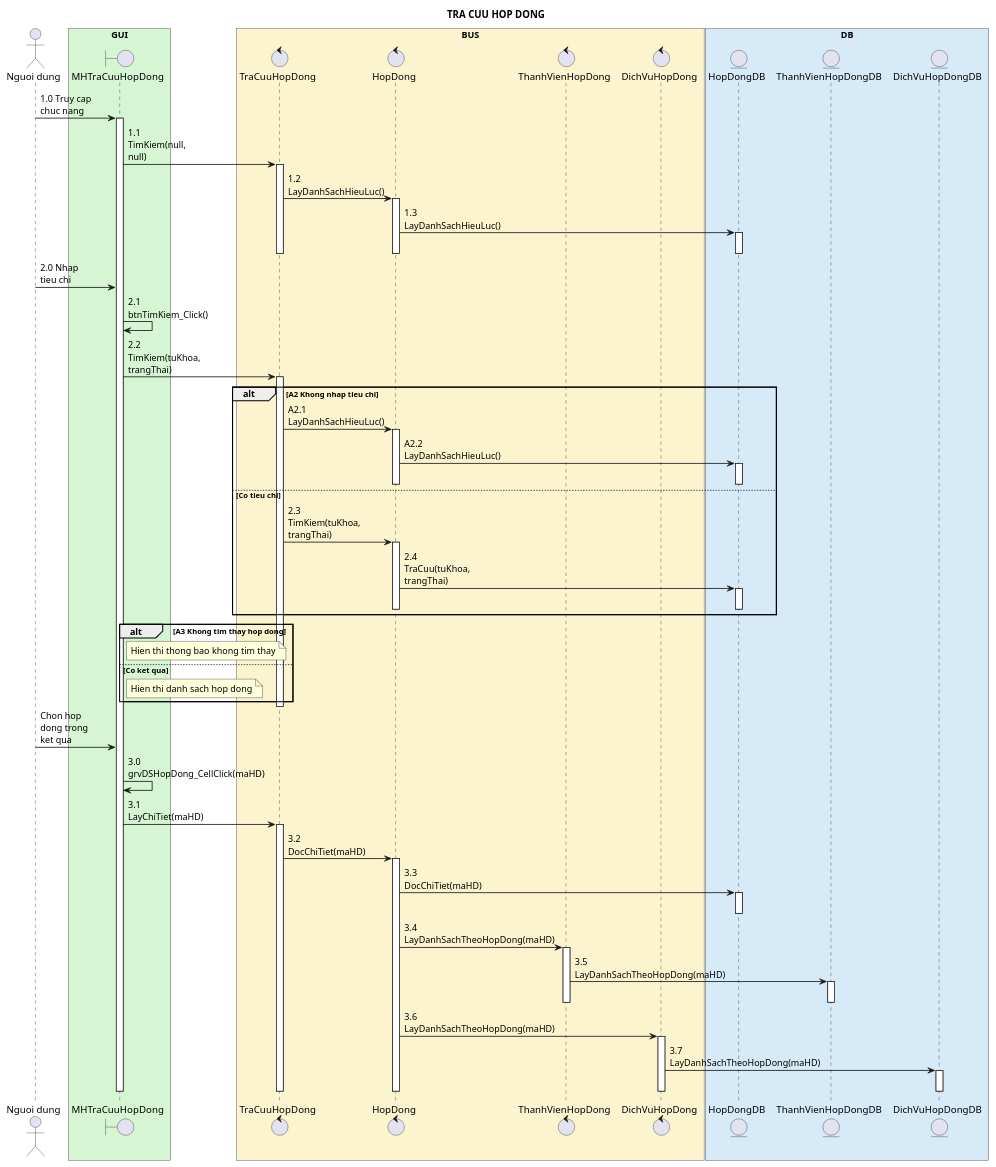
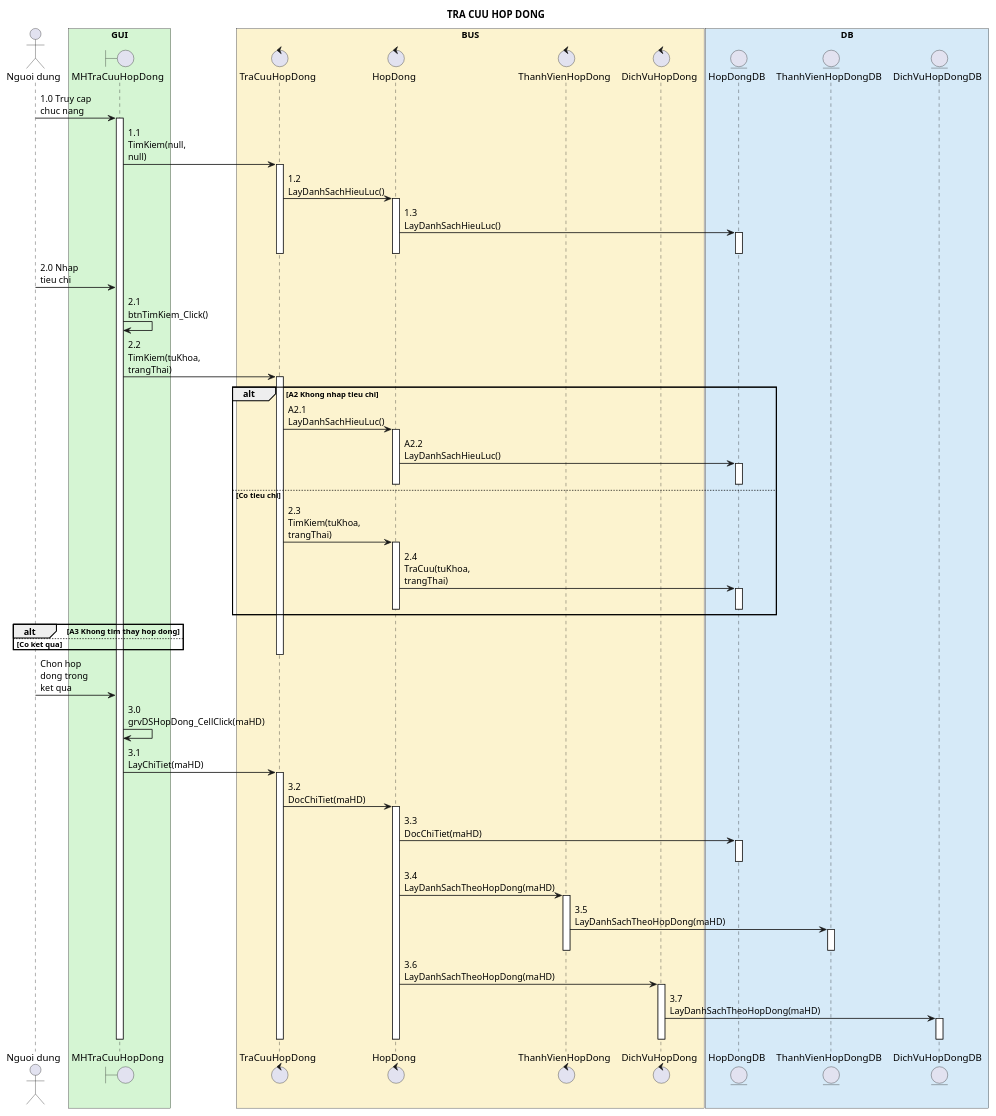
The diagram in docs/uml/tra-cuu-hop-dong-sequence.puml (Ming1309/HomeStay-Dorm), drawn with PlantUML before and after one commit. The commit also changed 56 other files, not shown here.

Commit message:
docs(uml): audit and standardize UML diagram file names, extensions, and separation

```diff
--- a/docs/uml/tra-cuu-hop-dong-sequence.puml
+++ b/docs/uml/tra-cuu-hop-dong-sequence.puml
@@ -1,138 +1,136 @@
 @startuml
 title TRA CUU HOP DONG
 
 skinparam sequenceArrowThickness 1.2
 skinparam shadowing false
 skinparam sequenceMessageAlign left
 skinparam maxMessageSize 80
 
 actor "Nguoi dung" as USER
 
 box "GUI" #D5F5D3
 boundary "MHTraCuuHopDong" as MH
 end box
 
 box "BUS" #FCF3CF
 control "TraCuuHopDong" as DK
 control "HopDong" as HD
 control "ThanhVienHopDong" as TV
 control "DichVuHopDong" as DV
 end box
 
 box "DB" #D6EAF8
 entity "HopDongDB" as HDDB
 entity "ThanhVienHopDongDB" as TVDB
 entity "DichVuHopDongDB" as DVDB
 end box
 
 '=====================
 ' KHOI TAO MAN HINH (A2)
 '=====================
 
 USER -> MH : 1.0 Truy cap chuc nang
 activate MH
 
 MH -> DK : 1.1 TimKiem(null, null)
 activate DK
 
 DK -> HD : 1.2 LayDanhSachHieuLuc()
 activate HD
 
 HD -> HDDB : 1.3 LayDanhSachHieuLuc()
 activate HDDB
 deactivate HDDB
 
 deactivate HD
 
 deactivate DK
 
 
 '=====================
 ' TIM KIEM
 '=====================
 
 USER -> MH : 2.0 Nhap tieu chi
 
 MH -> MH : 2.1 btnTimKiem_Click()
 
 MH -> DK : 2.2 TimKiem(tuKhoa, trangThai)
 activate DK
 
 alt A2 Khong nhap tieu chi
 
 DK -> HD : A2.1 LayDanhSachHieuLuc()
 activate HD
 
 HD -> HDDB : A2.2 LayDanhSachHieuLuc()
 activate HDDB
 deactivate HDDB
 
 deactivate HD
 
 else Co tieu chi
 
 DK -> HD : 2.3 TimKiem(tuKhoa, trangThai)
 activate HD
 
 HD -> HDDB : 2.4 TraCuu(tuKhoa, trangThai)
 activate HDDB
 deactivate HDDB
 
 deactivate HD
 
 end
 
 alt A3 Khong tim thay hop dong
 
-note right of MH : Hien thi thong bao khong tim thay
 
 else Co ket qua
 
-note right of MH : Hien thi danh sach hop dong
 
 end
 
 deactivate DK
 
 
 '=====================
 ' XEM CHI TIET
 '=====================
 
 USER -> MH : Chon hop dong trong ket qua
 MH -> MH : 3.0 grvDSHopDong_CellClick(maHD)
 
 MH -> DK : 3.1 LayChiTiet(maHD)
 activate DK
 
 DK -> HD : 3.2 DocChiTiet(maHD)
 activate HD
 
 HD -> HDDB : 3.3 DocChiTiet(maHD)
 activate HDDB
 deactivate HDDB
 
 HD -> TV : 3.4 LayDanhSachTheoHopDong(maHD)
 activate TV
 
 TV -> TVDB : 3.5 LayDanhSachTheoHopDong(maHD)
 activate TVDB
 deactivate TVDB
 
 deactivate TV
 
 HD -> DV : 3.6 LayDanhSachTheoHopDong(maHD)
 activate DV
 
 DV -> DVDB : 3.7 LayDanhSachTheoHopDong(maHD)
 activate DVDB
 deactivate DVDB
 
 deactivate DV
 
 deactivate HD
 
 deactivate DK
 deactivate MH
 
 @enduml
```
